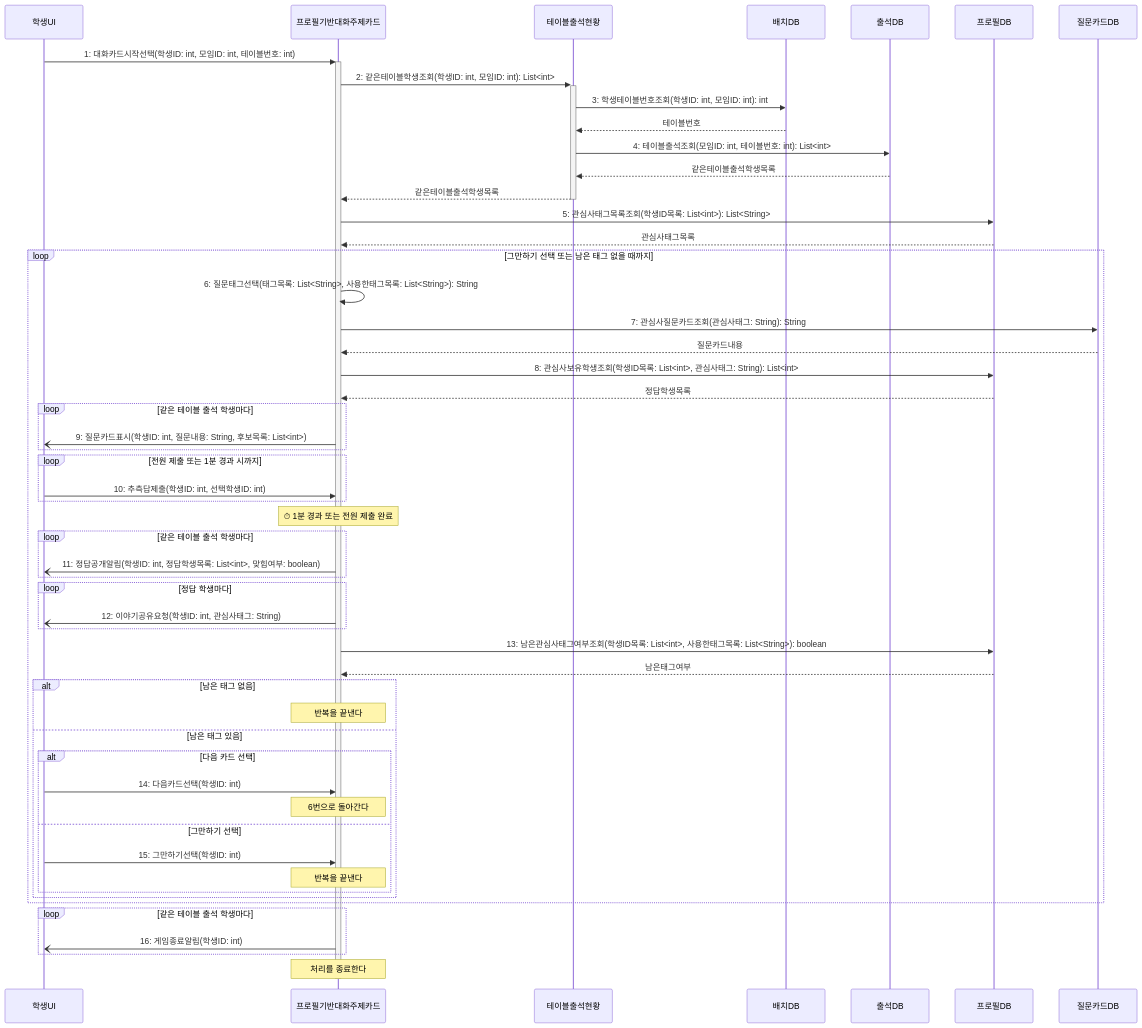
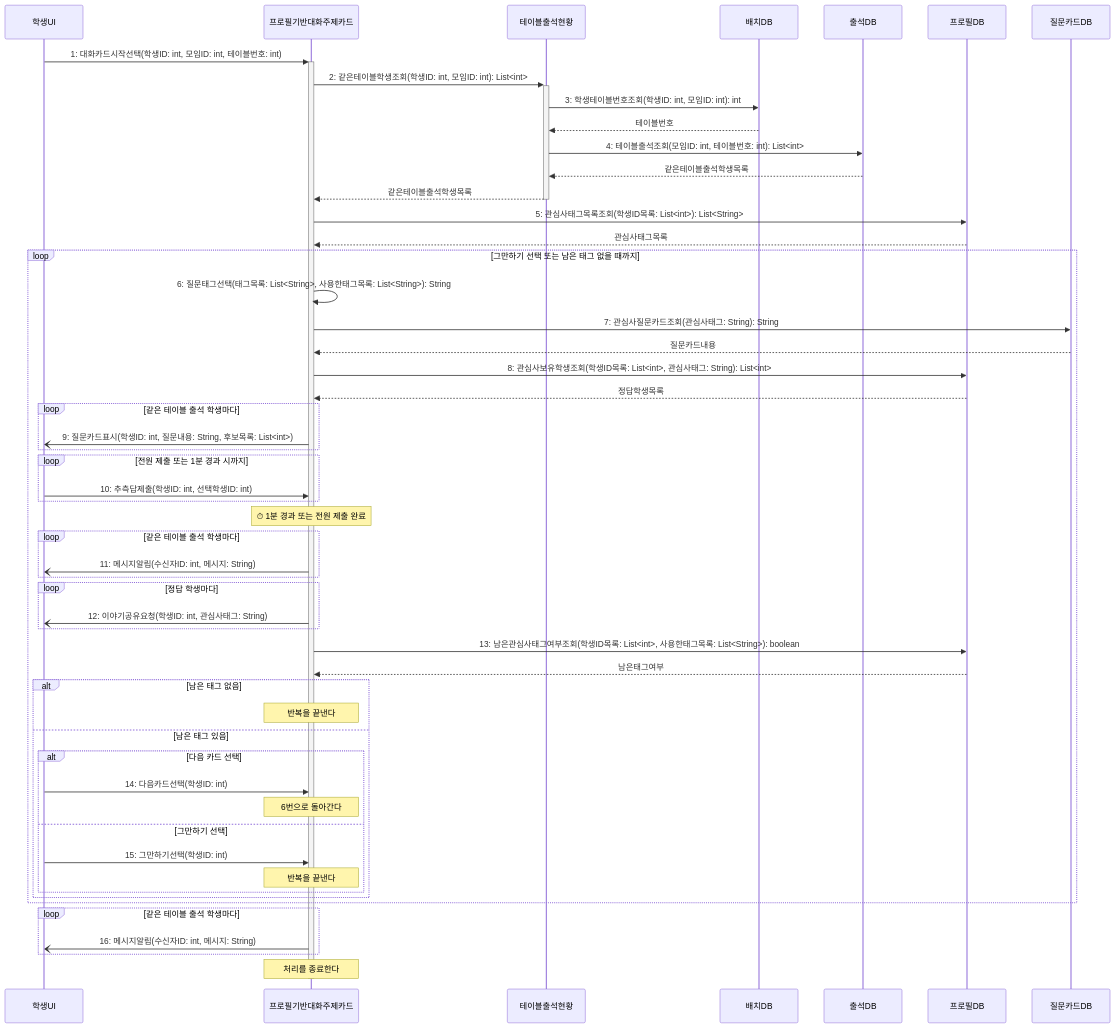
The diagram in sequence/seq-07.md (hojae3/sw-engineering-16), drawn with Mermaid before and after one commit. The commit also changed other lines of this file and 9 other files, not shown here.

````diff
--- a/sequence/seq-07.md
+++ b/sequence/seq-07.md
@@ -26,64 +26,64 @@
 ```mermaid
 sequenceDiagram
     participant 학생UI as 학생UI
     participant 카드 as 프로필기반대화주제카드
     participant 현황 as 테이블출석현황
     participant 배치DB as 배치DB
     participant 출석DB as 출석DB
     participant 프로필DB as 프로필DB
     participant 질문DB as 질문카드DB
 
     학생UI->>+카드: 1: 대화카드시작선택(학생ID: int, 모임ID: int, 테이블번호: int)
     카드->>+현황: 2: 같은테이블학생조회(학생ID: int, 모임ID: int): List<int>
     현황->>배치DB: 3: 학생테이블번호조회(학생ID: int, 모임ID: int): int
     배치DB-->>현황: 테이블번호
     현황->>출석DB: 4: 테이블출석조회(모임ID: int, 테이블번호: int): List<int>
     출석DB-->>현황: 같은테이블출석학생목록
     현황-->>-카드: 같은테이블출석학생목록
 
     카드->>프로필DB: 5: 관심사태그목록조회(학생ID목록: List<int>): List<String>
     프로필DB-->>카드: 관심사태그목록
 
     loop 그만하기 선택 또는 남은 태그 없을 때까지
         카드->>카드: 6: 질문태그선택(태그목록: List<String>, 사용한태그목록: List<String>): String
         카드->>질문DB: 7: 관심사질문카드조회(관심사태그: String): String
         질문DB-->>카드: 질문카드내용
         카드->>프로필DB: 8: 관심사보유학생조회(학생ID목록: List<int>, 관심사태그: String): List<int>
         프로필DB-->>카드: 정답학생목록
         loop 같은 테이블 출석 학생마다
             카드-)학생UI: 9: 질문카드표시(학생ID: int, 질문내용: String, 후보목록: List<int>)
         end
 
         loop 전원 제출 또는 1분 경과 시까지
             학생UI->>카드: 10: 추측답제출(학생ID: int, 선택학생ID: int)
         end
         Note over 카드: ⏱ 1분 경과 또는 전원 제출 완료
 
         loop 같은 테이블 출석 학생마다
-            카드-)학생UI: 11: 정답공개알림(학생ID: int, 정답학생목록: List<int>, 맞힘여부: boolean)
+            카드-)학생UI: 11: 메시지알림(수신자ID: int, 메시지: String)
         end
         loop 정답 학생마다
             카드-)학생UI: 12: 이야기공유요청(학생ID: int, 관심사태그: String)
         end
         카드->>프로필DB: 13: 남은관심사태그여부조회(학생ID목록: List<int>, 사용한태그목록: List<String>): boolean
         프로필DB-->>카드: 남은태그여부
 
         alt 남은 태그 없음
             Note over 카드: 반복을 끝낸다
         else 남은 태그 있음
             alt 다음 카드 선택
                 학생UI->>카드: 14: 다음카드선택(학생ID: int)
                 Note over 카드: 6번으로 돌아간다
             else 그만하기 선택
                 학생UI->>카드: 15: 그만하기선택(학생ID: int)
                 Note over 카드: 반복을 끝낸다
             end
         end
     end
 
     loop 같은 테이블 출석 학생마다
-        카드-)학생UI: 16: 게임종료알림(학생ID: int)
+        카드-)학생UI: 16: 메시지알림(수신자ID: int, 메시지: String)
     end
     Note over 카드: 처리를 종료한다
     deactivate 카드
 ```
````
